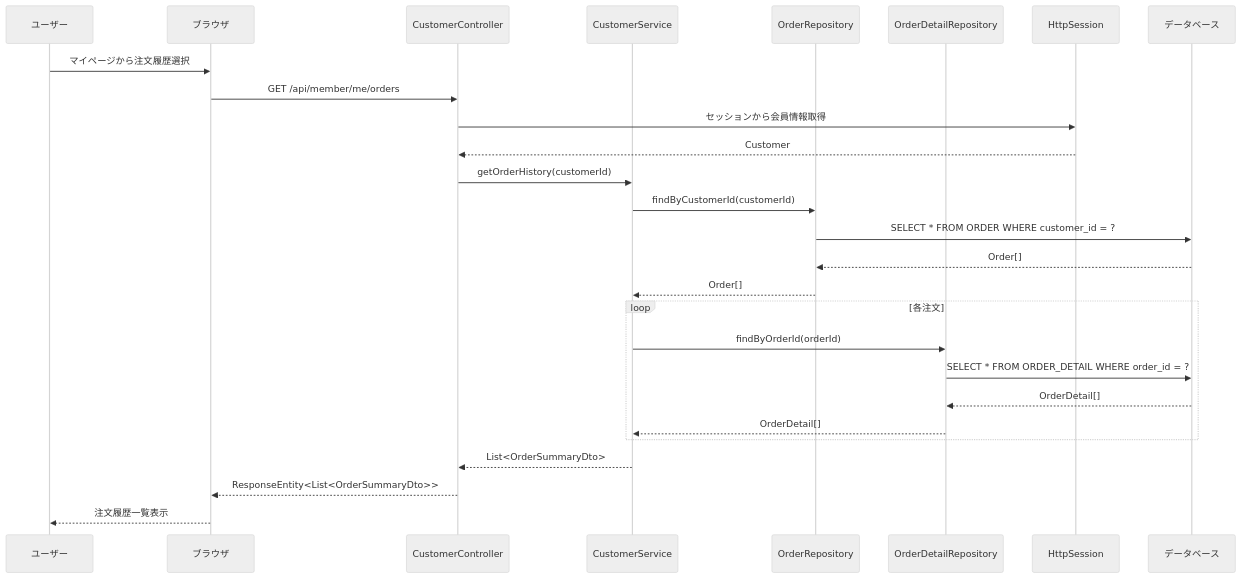
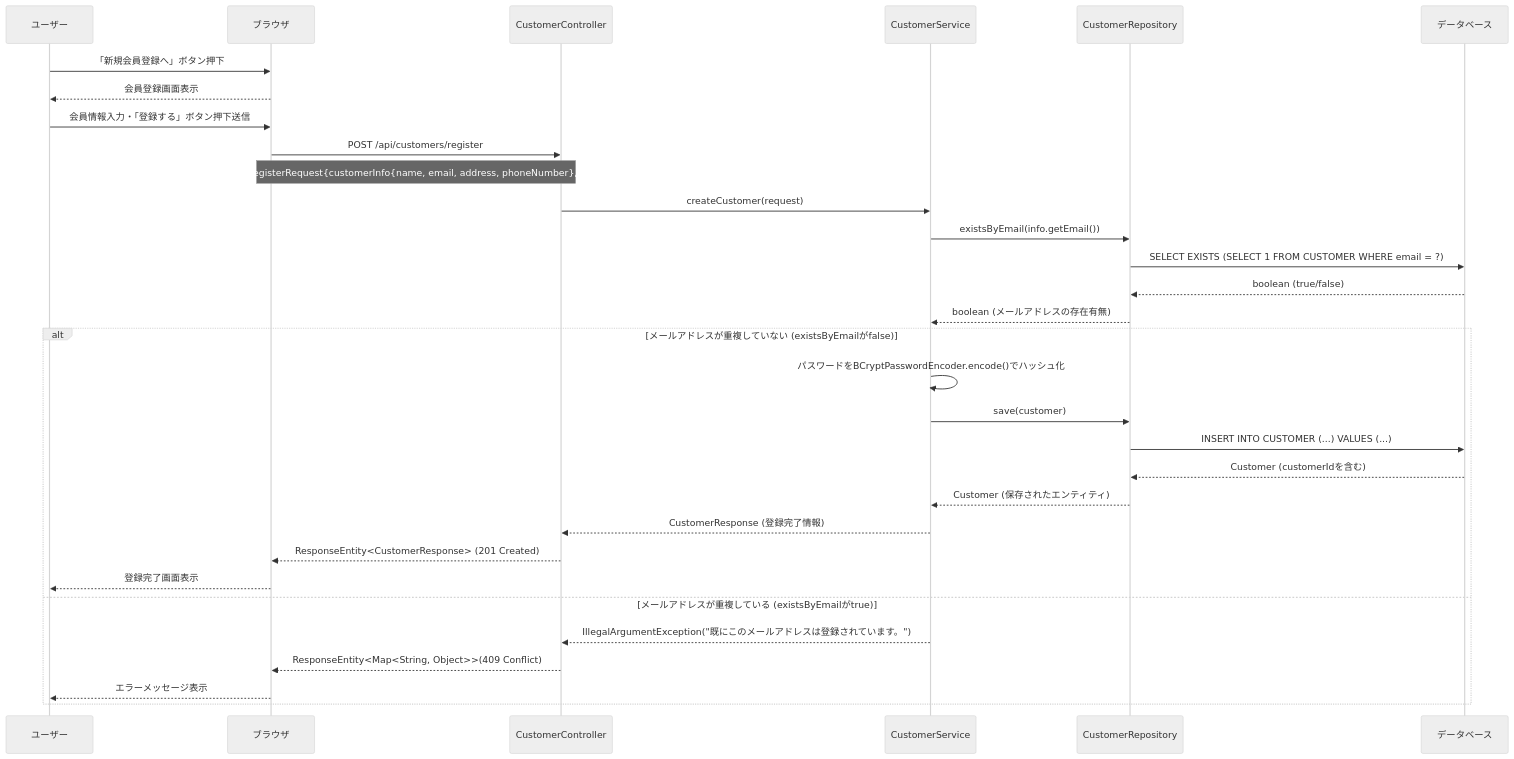
Diagram 15 of 22 in 詳細設計/詳細設計書_v3.md (shogomaeda758/Bacon), drawn with Mermaid (neutral theme) before and after one commit. The commit also changed other lines of this file, not shown here.

Commit message:
シーケンス図変更＿詳細設計書

````diff
--- a/詳細設計/詳細設計書_v3.md
+++ b/詳細設計/詳細設計書_v3.md
@@ -685,32 +612,36 @@
 ```mermaid
 sequenceDiagram
     participant U as ユーザー
     participant B as ブラウザ
-    participant CC as CustomerController
+    participant CuC as CustomerController
     participant CS as CustomerService
-    participant OR as OrderRepository
-    participant ODR as OrderDetailRepository
-    participant S as HttpSession
+    participant CR as CustomerRepository
     participant DB as データベース
 
-    U->>B: マイページから注文履歴選択
-    B->>CC: GET /api/member/me/orders
-    CC->>S: セッションから会員情報取得
-    S-->>CC: Customer
-    CC->>CS: getOrderHistory(customerId)
-    CS->>OR: findByCustomerId(customerId)
-    OR->>DB: SELECT * FROM ORDER WHERE customer_id = ?
-    DB-->>OR: Order[]
-    OR-->>CS: Order[]
+    U->>B: 「新規会員登録へ」ボタン押下
+    B-->>U: 会員登録画面表示
     
-    loop 各注文
-        CS->>ODR: findByOrderId(orderId)
-        ODR->>DB: SELECT * FROM ORDER_DETAIL WHERE order_id = ?
-        DB-->>ODR: OrderDetail[]
-        ODR-->>CS: OrderDetail[]
+    U->>B: 会員情報入力・「登録する」ボタン押下送信
+    B->>CuC: POST /api/customers/register
+    Note over B,CuC: CustomerRegisterRequest{customerInfo{name, email, address, phoneNumber}, password}
+    CuC->>CS: createCustomer(request)
+    CS->>CR: existsByEmail(info.getEmail())
+    CR->>DB: SELECT EXISTS (SELECT 1 FROM CUSTOMER WHERE email = ?)
+    DB-->>CR: boolean (true/false)
+    CR-->>CS: boolean (メールアドレスの存在有無)
+    
+    alt メールアドレスが重複していない (existsByEmailがfalse)
+        CS->>CS: パスワードをBCryptPasswordEncoder.encode()でハッシュ化
+        CS->>CR: save(customer)
+        CR->>DB: INSERT INTO CUSTOMER (...) VALUES (...)
+        DB-->>CR: Customer (customerIdを含む)
+        CR-->>CS: Customer (保存されたエンティティ)
+        CS-->>CuC: CustomerResponse (登録完了情報)
+        CuC-->>B: ResponseEntity<CustomerResponse> (201 Created)
+        B-->>U: 登録完了画面表示
+    else メールアドレスが重複している (existsByEmailがtrue)
+        CS-->>CuC: IllegalArgumentException("既にこのメールアドレスは登録されています。")
+        CuC-->>B: ResponseEntity<Map<String, Object>>(409 Conflict)
+        B-->>U: エラーメッセージ表示
     end
-    
-    CS-->>CC: List<OrderSummaryDto>
-    CC-->>B: ResponseEntity<List<OrderSummaryDto>>
-    B-->>U: 注文履歴一覧表示
 ```
````
